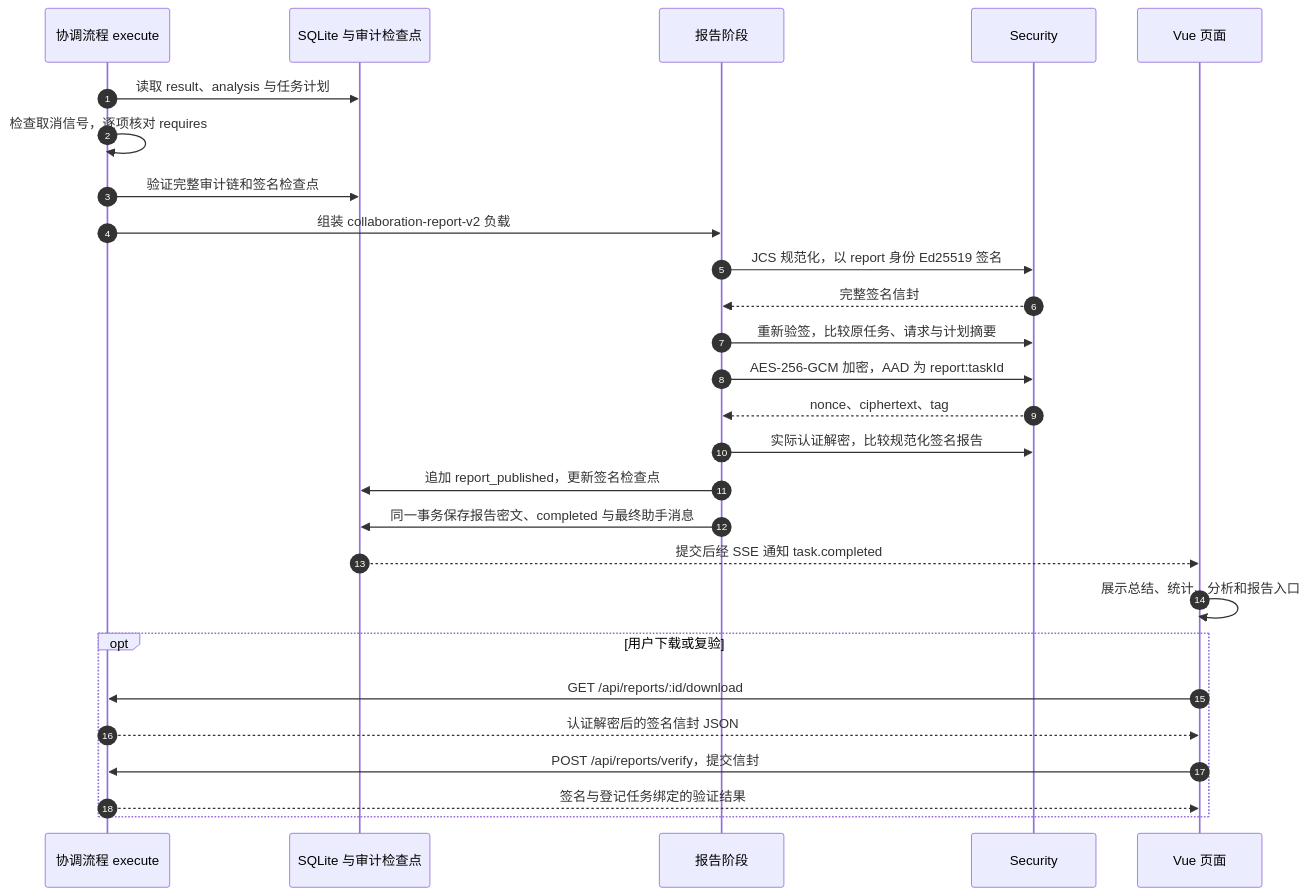
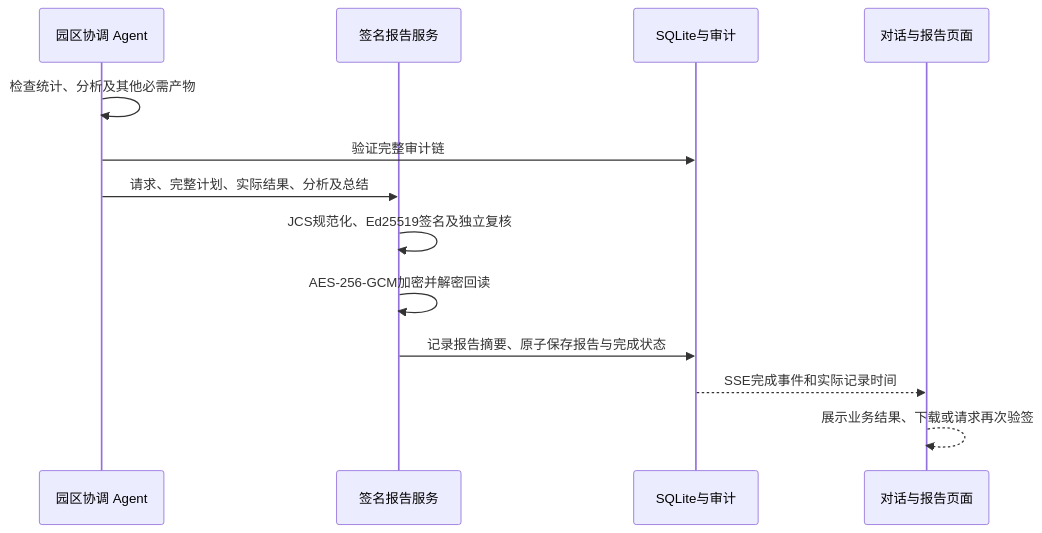
The eighth of 8 diagrams in project_document.md (shutingchai5-ux/vectra-source-0.2.0), drawn with Mermaid before and after one commit. The commit also changed other lines of this file and 622 other files, not shown here.

````diff
--- a/project_document.md
+++ b/project_document.md
@@ -543,29 +274,15 @@
 ```mermaid
 sequenceDiagram
-    autonumber
-    participant S as 协调流程 execute
-    participant D as SQLite 与审计检查点
-    participant R as 报告阶段
-    participant K as Security
-    participant W as Vue 页面
-    S->>D: 读取 result、analysis 与任务计划
-    S->>S: 检查取消信号，逐项核对 requires
-    S->>D: 验证完整审计链和签名检查点
-    S->>R: 组装 collaboration-report-v2 负载
-    R->>K: JCS 规范化，以 report 身份 Ed25519 签名
-    K-->>R: 完整签名信封
-    R->>K: 重新验签，比较原任务、请求与计划摘要
-    R->>K: AES-256-GCM 加密，AAD 为 report:taskId
-    K-->>R: nonce、ciphertext、tag
-    R->>K: 实际认证解密，比较规范化签名报告
-    R->>D: 追加 report_published，更新签名检查点
-    R->>D: 同一事务保存报告密文、completed 与最终助手消息
-    D-->>W: 提交后经 SSE 通知 task.completed
-    W->>W: 展示总结、统计、分析和报告入口
-    opt 用户下载或复验
-        W->>S: GET /api/reports/:id/download
-        S-->>W: 认证解密后的签名信封 JSON
-        W->>S: POST /api/reports/verify，提交信封
-        S-->>W: 签名与登记任务绑定的验证结果
-    end
+  participant S as 园区协调 Agent
+  participant R as 签名报告服务
+  participant DB as SQLite与审计
+  participant W as 对话与报告页面
+  S->>S: 检查统计、分析及其他必需产物
+  S->>DB: 验证完整审计链
+  S->>R: 请求、完整计划、实际结果、分析及总结
+  R->>R: JCS规范化、Ed25519签名及独立复核
+  R->>R: AES-256-GCM加密并解密回读
+  R->>DB: 记录报告摘要、原子保存报告与完成状态
+  DB-->>W: SSE完成事件和实际记录时间
+  W-->>W: 展示业务结果、下载或请求再次验签
 ```
````
